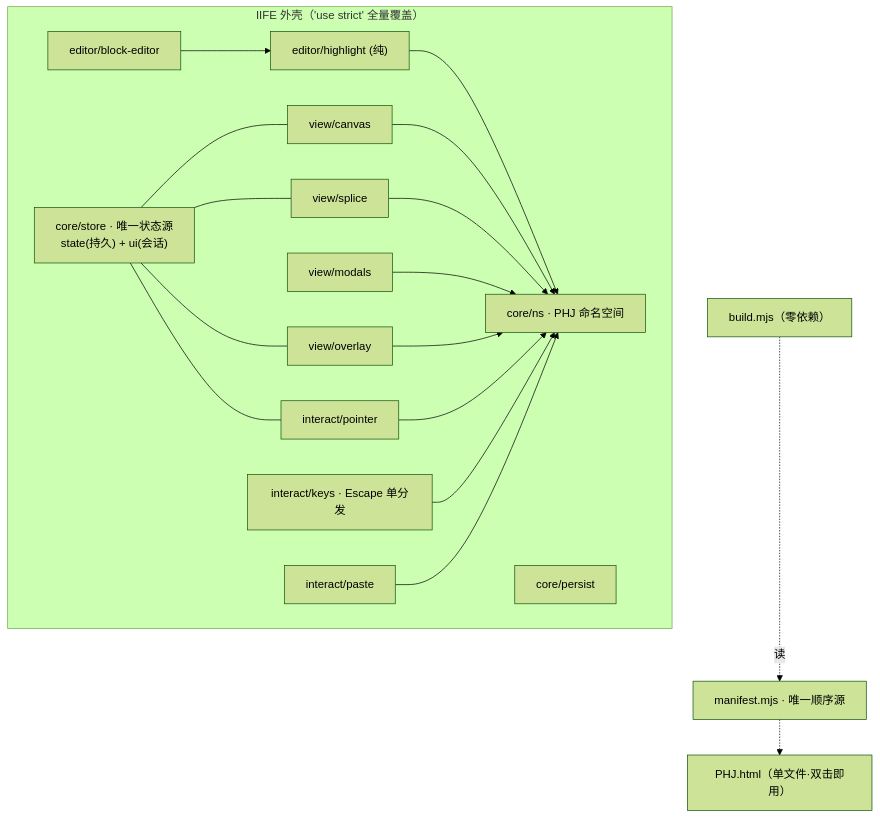
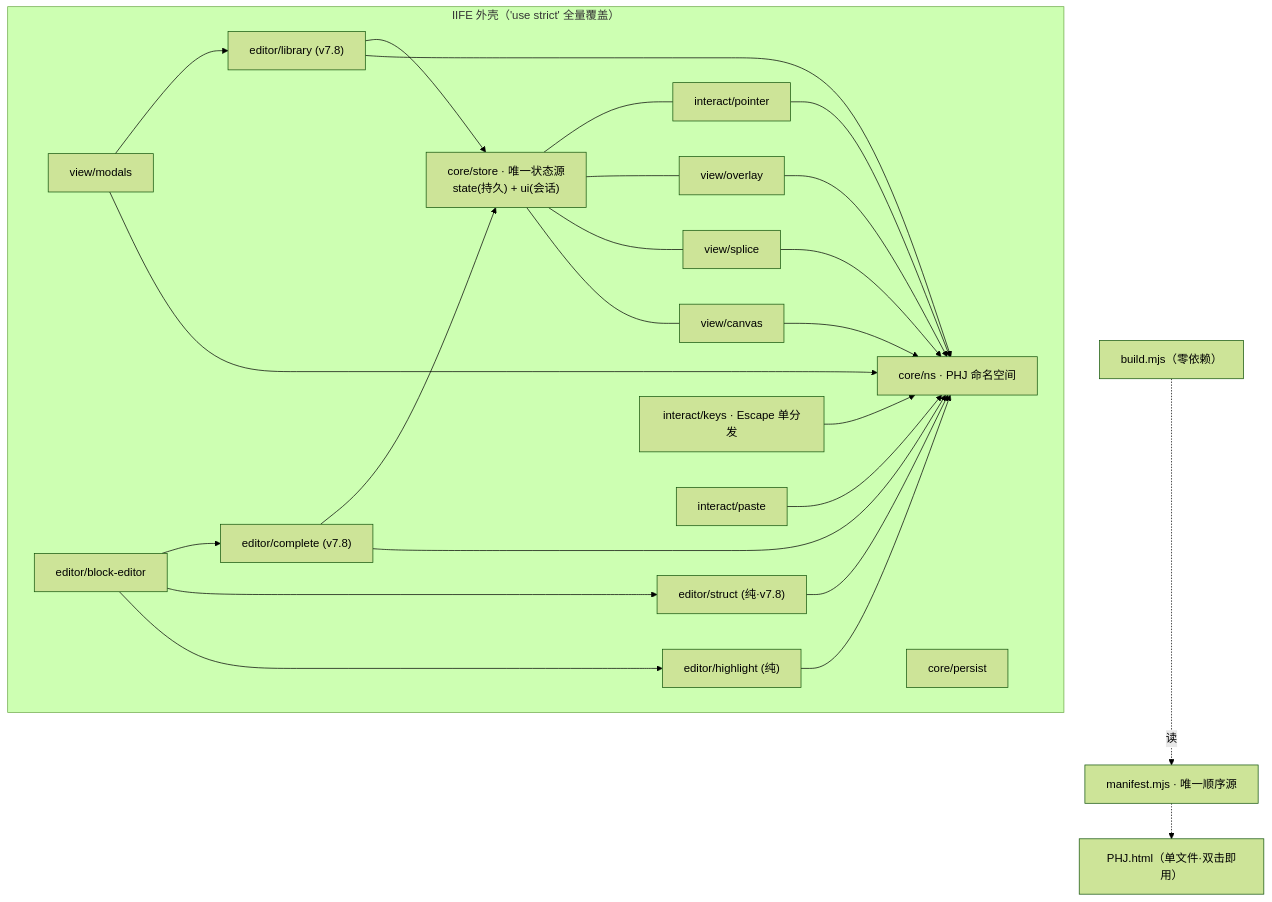
The diagram in dev/08_重构简报_2026-09-14.md (Holly-cloud/pinhaojing), drawn with Mermaid (forest theme) before and after one commit. The commit also changed other lines of this file, not shown here.

````diff
--- a/dev/08_重构简报_2026-09-14.md
+++ b/dev/08_重构简报_2026-09-14.md
@@ -92,23 +114,31 @@
 ```mermaid
 graph TD
   subgraph shell["IIFE 外壳（'use strict' 全量覆盖）"]
     NS["core/ns · PHJ 命名空间"]
     ST["core/store · 唯一状态源<br/>state(持久) + ui(会话)"]
     PE["core/persist"]
     V1["view/canvas"] --> NS
     V2["view/splice"] --> NS
     V3["view/overlay"] --> NS
     V4["view/modals"] --> NS
     ED["editor/highlight (纯)"] --> NS
+    ED2["editor/struct (纯·v7.8)"] --> NS
+    EC["editor/complete (v7.8)"] --> NS
+    EL["editor/library (v7.8)"] --> NS
     EB["editor/block-editor"] --> ED
+    EB --> ED2
+    EB --> EC
+    V4 --> EL
+    EC --> ST
+    EL --> ST
     I1["interact/pointer"] --> NS
     I2["interact/keys · Escape 单分发"] --> NS
     I3["interact/paste"] --> NS
     ST --- V1
     ST --- V2
     ST --- V3
     ST --- I1
   end
   BUILD["build.mjs（零依赖）"] -.读.-> MAN["manifest.mjs · 唯一顺序源"]
   MAN -.-> OUT["PHJ.html（单文件·双击即用）"]
 ```
````
